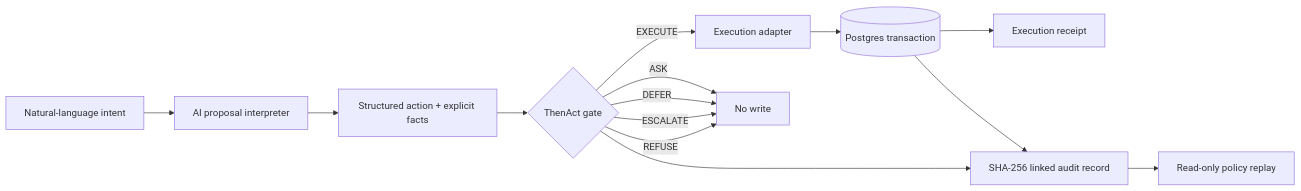
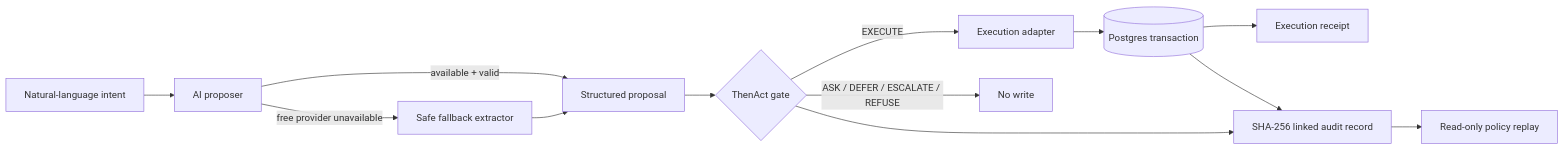
The diagram in docs/architecture.md (norhan1995/Thenact), drawn with Mermaid before and after one commit. The commit also changed other lines of this file and 7 other files, not shown here.

Commit message:
docs: align submission package with resilient no-card architecture

````diff
--- a/docs/architecture.md
+++ b/docs/architecture.md
@@ -9,16 +9,15 @@
 ```mermaid
 flowchart LR
-    A[Natural-language intent] --> B[AI proposal interpreter]
-    B --> C[Structured action + explicit facts]
+    A[Natural-language intent] --> B[AI proposer]
+    B -->|available + valid| C[Structured proposal]
+    B -->|free provider unavailable| F[Safe fallback extractor]
+    F --> C
     C --> D{ThenAct gate}
     D -->|EXECUTE| E[Execution adapter]
-    D -->|ASK| X[No write]
-    D -->|DEFER| X
-    D -->|ESCALATE| X
-    D -->|REFUSE| X
+    D -->|ASK / DEFER / ESCALATE / REFUSE| X[No write]
     E --> T[(Postgres transaction)]
     T --> R[Execution receipt]
     T --> L[SHA-256 linked audit record]
     D --> L
     L --> P[Read-only policy replay]
 ```
````
